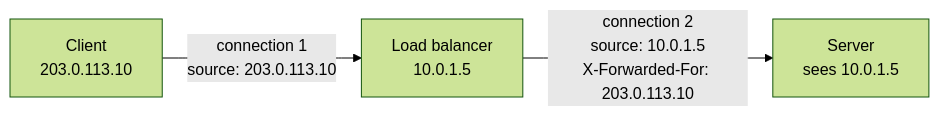
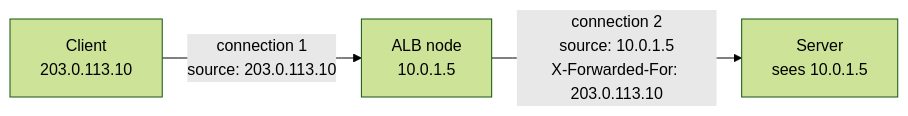
Before and after one commit to AndresLopezEsquivel/AWS: the third of 5 diagrams in topics/networking/elb/elb-overview.md, drawn with Mermaid (forest theme). The commit also changed other lines of this file and 1 other file, not shown here.

First line of the commit message:
docs(networking): rewrite the load balancers overview note

````diff
--- a/topics/networking/elb/elb-overview.md
+++ b/topics/networking/elb/elb-overview.md
@@ -121,5 +426,5 @@
 ```mermaid
 flowchart LR
-    C["Client<br/>203.0.113.10"] -- "connection 1<br/>source: 203.0.113.10" --> LB["Load balancer<br/>10.0.1.5"]
+    C["Client<br/>203.0.113.10"] -- "connection 1<br/>source: 203.0.113.10" --> LB["ALB node<br/>10.0.1.5"]
     LB -- "connection 2<br/>source: 10.0.1.5<br/>X-Forwarded-For: 203.0.113.10" --> S["Server<br/>sees 10.0.1.5"]
 ```
````
